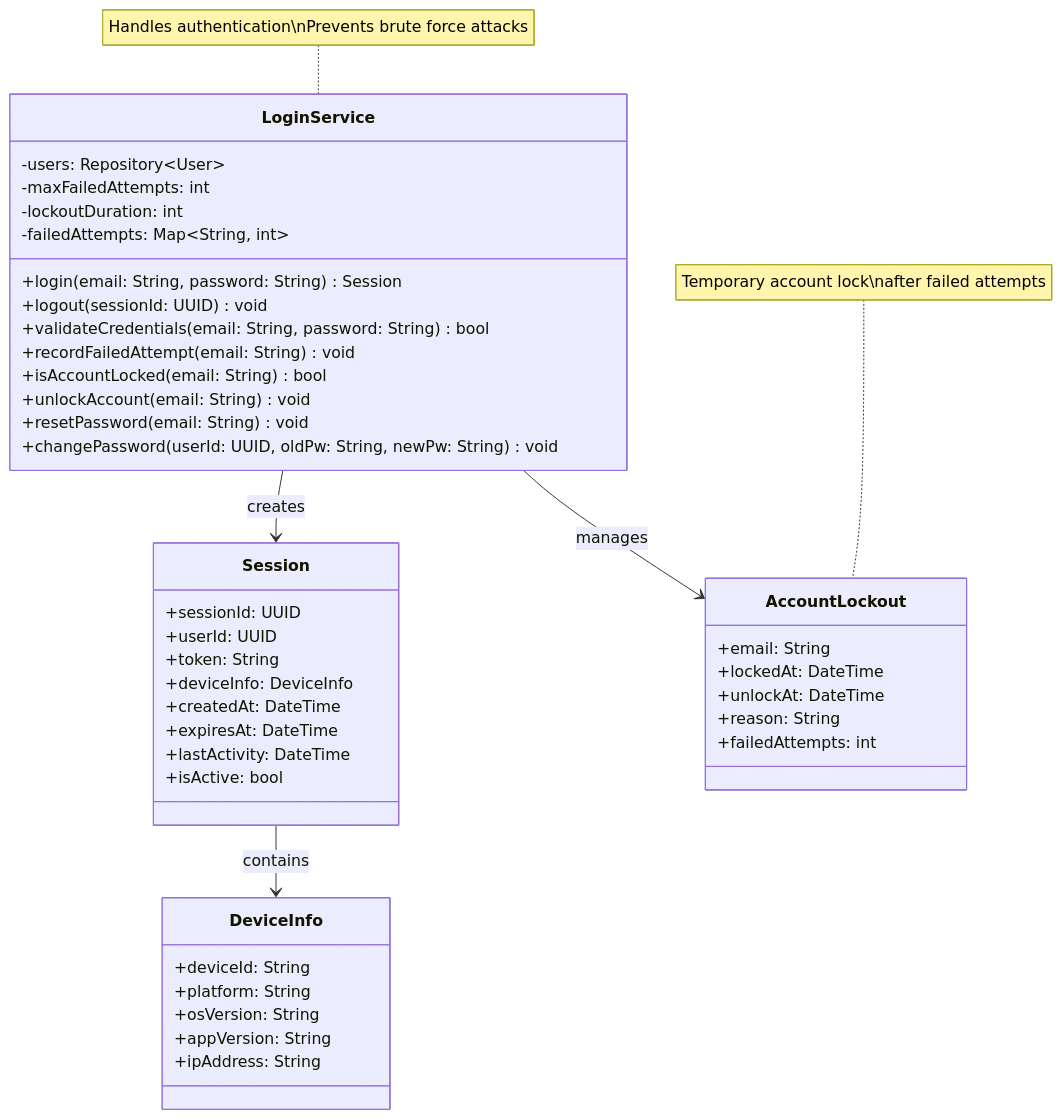
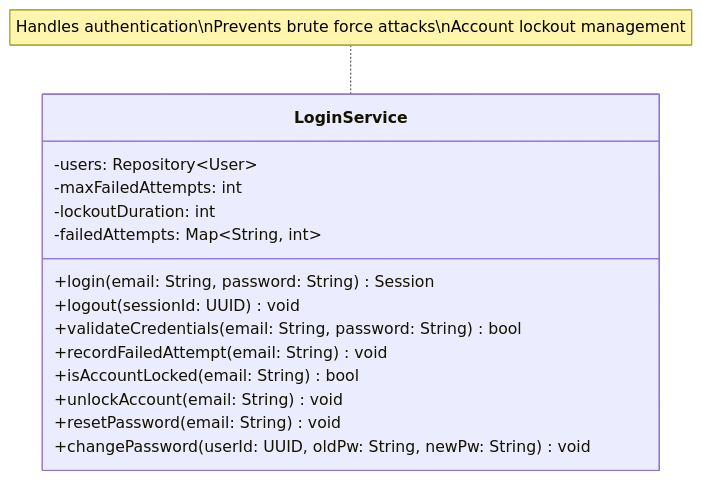
Diagram 13 of 18 in diagrams/business_class_diagram.md (mj010101/swe_25f), drawn with Mermaid before and after one commit. The commit also changed other lines of this file, not shown here.

Commit message:
fix: business class diagram

````diff
--- a/diagrams/business_class_diagram.md
+++ b/diagrams/business_class_diagram.md
@@ -927,53 +430,21 @@
 ```mermaid
 classDiagram
     direction TB
 
     class LoginService {
         -users: Repository~User~
         -maxFailedAttempts: int
         -lockoutDuration: int
         -failedAttempts: Map~String, int~
         +login(email: String, password: String) Session
         +logout(sessionId: UUID) void
         +validateCredentials(email: String, password: String) bool
         +recordFailedAttempt(email: String) void
         +isAccountLocked(email: String) bool
         +unlockAccount(email: String) void
         +resetPassword(email: String) void
         +changePassword(userId: UUID, oldPw: String, newPw: String) void
     }
 
-    class Session {
-        +sessionId: UUID
-        +userId: UUID
-        +token: String
-        +deviceInfo: DeviceInfo
-        +createdAt: DateTime
-        +expiresAt: DateTime
-        +lastActivity: DateTime
-        +isActive: bool
-    }
-
-    class DeviceInfo {
-        +deviceId: String
-        +platform: String
-        +osVersion: String
-        +appVersion: String
-        +ipAddress: String
-    }
-
-    class AccountLockout {
-        +email: String
-        +lockedAt: DateTime
-        +unlockAt: DateTime
-        +reason: String
-        +failedAttempts: int
-    }
-
-    LoginService --> Session : creates
-    LoginService --> AccountLockout : manages
-    Session --> DeviceInfo : contains
-
-    note for LoginService "Handles authentication\nPrevents brute force attacks"
-    note for AccountLockout "Temporary account lock\nafter failed attempts"
+    note for LoginService "Handles authentication\nPrevents brute force attacks\nAccount lockout management"
 ```
````
